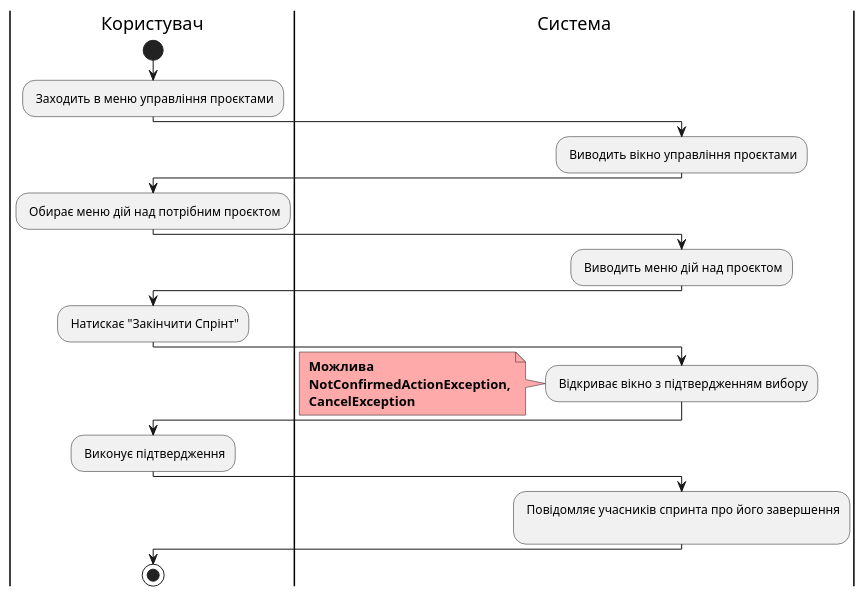
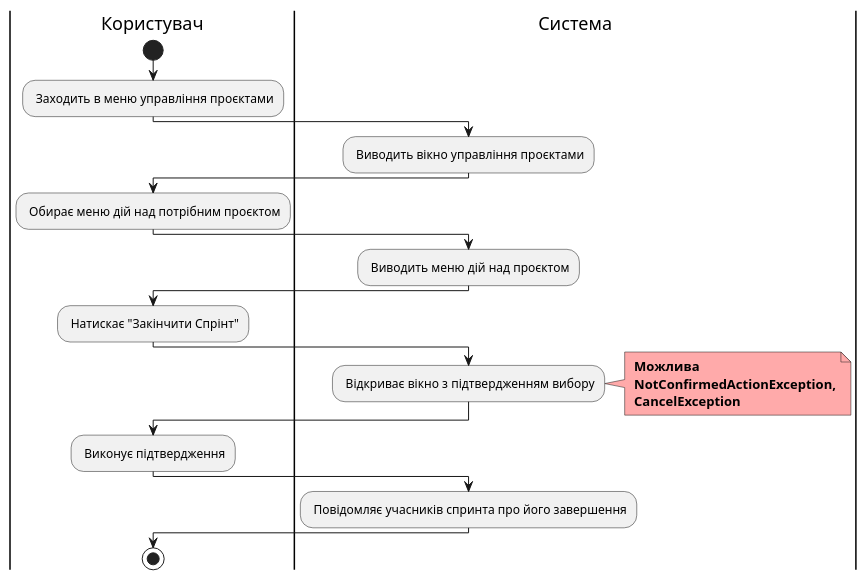
One commit to witchkaa/databases-course-work changed diagram 20 of 23 in docs/use cases/README.md. Above: the diagram before and after it, drawn with PlantUML. The commit also changed other lines of this file, not shown here.

```diff
--- a/docs/use cases/README.md
+++ b/docs/use cases/README.md
@@ -799,36 +798,35 @@
 @startuml
 
-|Користувач|
-start;
-: Заходить в меню управління проєктами;
+    |Користувач|
+    start;
+    : Заходить в меню управління проєктами;
 
-|Система|
+    |Система|
     : Виводить вікно управління проєктами;
 
-|Користувач|
-: Обирає меню дій над потрібним проєктом;
+    |Користувач|
+    : Обирає меню дій над потрібним проєктом;
 
-|Система|
-: Виводить меню дій над проєктом;
+    |Система|
+    : Виводить меню дій над проєктом;
 
-|Користувач|
-: Натискає "Закінчити Спрінт";
+    |Користувач|
+    : Натискає "Закінчити Спрінт";
 
-|Система|
-: Відкриває вікно з підтвердженням вибору;
-note left #ffaaaa
-<b> Можлива
-<b> NotConfirmedActionException,
-<b> CancelException
-end note
+    |Система|
+    : Відкриває вікно з підтвердженням вибору;
+    note right #ffaaaa
+    <b> Можлива
+    <b> NotConfirmedActionException,
+    <b> CancelException
+    end note
 
-|Користувач|
-: Виконує підтвердження;
+    |Користувач|
+    : Виконує підтвердження;
 
-|Система|
-: Повідомляє учасників спринта про його завершення
-;
+    |Система|
+    : Повідомляє учасників спринта про його завершення;   
 
-|Користувач|
+    |Користувач|
     stop;
 @enduml
```
